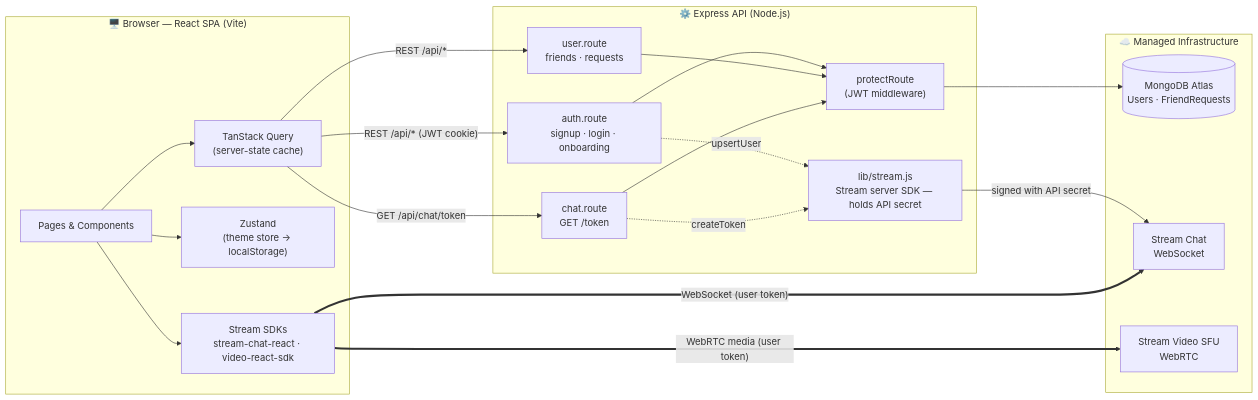
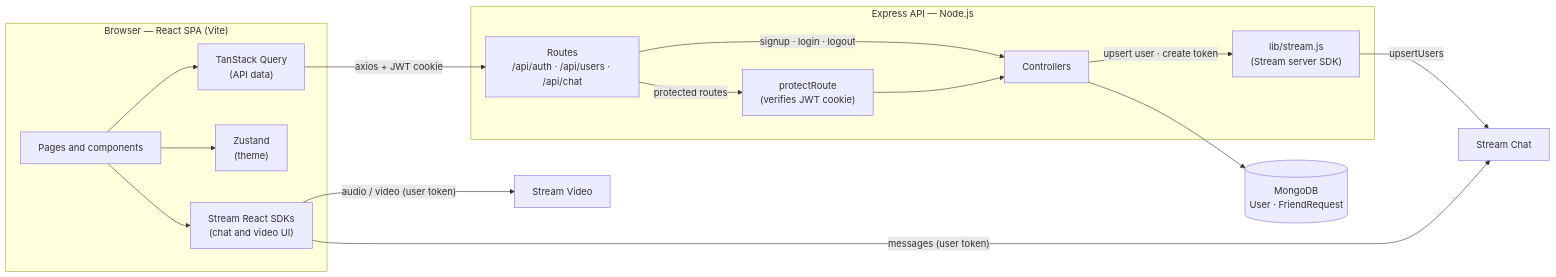
Before and after one commit to rishavk808/Linkify-video-calling-chat-application: the diagram in README.md, drawn with Mermaid. The commit also changed other lines of this file, not shown here.

````diff
--- a/README.md
+++ b/README.md
@@ -97,42 +100,32 @@
 ```mermaid
 flowchart LR
-    subgraph Client["🖥️ Browser — React SPA (Vite)"]
-        UI["Pages & Components"]
-        RQ["TanStack Query\n(server-state cache)"]
-        ZS["Zustand\n(theme store → localStorage)"]
-        SDK["Stream SDKs\nstream-chat-react · video-react-sdk"]
+    subgraph Browser["Browser — React SPA (Vite)"]
+        PAGES["Pages and components"]
+        RQ["TanStack Query<br/>(API data)"]
+        ZS["Zustand<br/>(theme)"]
+        SDK["Stream React SDKs<br/>(chat and video UI)"]
     end
 
-    subgraph Server["⚙️ Express API (Node.js)"]
-        AUTH["auth.route\nsignup · login · onboarding"]
-        USERS["user.route\nfriends · requests"]
-        CHATR["chat.route\nGET /token"]
-        MW["protectRoute\n(JWT middleware)"]
-        LIB["lib/stream.js\nStream server SDK — holds API secret"]
+    subgraph API["Express API — Node.js"]
+        ROUTES["Routes<br/>/api/auth · /api/users · /api/chat"]
+        MW["protectRoute<br/>(verifies JWT cookie)"]
+        CTRL["Controllers"]
+        SLIB["lib/stream.js<br/>(Stream server SDK)"]
     end
 
-    subgraph Managed["☁️ Managed Infrastructure"]
-        DB[("MongoDB Atlas\nUsers · FriendRequests")]
-        SCHAT["Stream Chat\nWebSocket"]
-        SSFU["Stream Video SFU\nWebRTC"]
-    end
+    DB[("MongoDB<br/>User · FriendRequest")]
+    SCHAT["Stream Chat"]
+    SVIDEO["Stream Video"]
 
-    UI --> RQ
-    UI --> ZS
-    UI --> SDK
-
-    RQ -- "REST /api/* (JWT cookie)" --> AUTH
-    RQ -- "REST /api/*" --> USERS
-    RQ -- "GET /api/chat/token" --> CHATR
-
-    AUTH --> MW --> DB
-    USERS --> MW
-    CHATR --> MW
-
-    AUTH -. "upsertUser" .-> LIB
-    CHATR -. "createToken" .-> LIB
-    LIB -- "signed with API secret" --> SCHAT
-
-    SDK == "WebSocket (user token)" ==> SCHAT
-    SDK == "WebRTC media (user token)" ==> SSFU
+    PAGES --> RQ
+    PAGES --> ZS
+    PAGES --> SDK
+    RQ -- "axios + JWT cookie" --> ROUTES
+    ROUTES -- "signup · login · logout" --> CTRL
+    ROUTES -- "protected routes" --> MW --> CTRL
+    CTRL --> DB
+    CTRL -- "upsert user · create token" --> SLIB
+    SLIB -- "upsertUsers" --> SCHAT
+    SDK -- "messages (user token)" --> SCHAT
+    SDK -- "audio / video (user token)" --> SVIDEO
 ```
````
